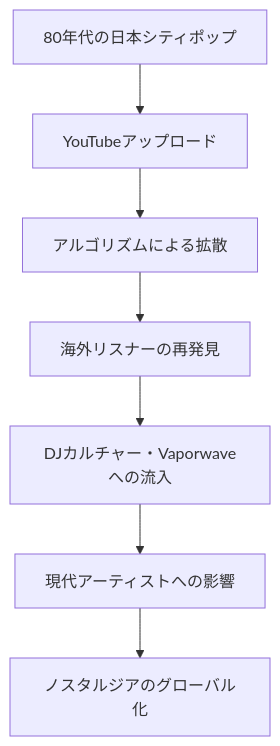
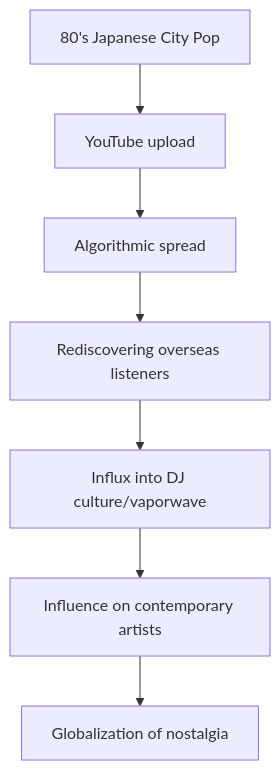
One commit to monumental-movement/monumental-movement.github.io changed the second of 2 diagrams in en/_posts/2025-10-31-column-citypop.md. Above: the diagram before and after it, drawn with Mermaid. The commit also changed 152 other files, not shown here.

```diff
--- a/en/_posts/2025-10-31-column-citypop.md
+++ b/en/_posts/2025-10-31-column-citypop.md
@@ -184,11 +184,11 @@
 <div class="mermaid">
 
 graph TD
-A[80年代の日本シティポップ] --> B[YouTubeアップロード]
-B --> C[アルゴリズムによる拡散]
-C --> D[海外リスナーの再発見]
-D --> E[DJカルチャー・Vaporwaveへの流入]
-E --> F[現代アーティストへの影響]
-F --> G[ノスタルジアのグローバル化]
+A[80's Japanese City Pop] --> B[YouTube upload]
+B --> C[Algorithmic spread]
+C --> D[Rediscovering overseas listeners]
+D --> E[Influx into DJ culture/vaporwave]
+E --> F[Influence on contemporary artists]
+F --> G[Globalization of nostalgia]
 
 </div>
```
